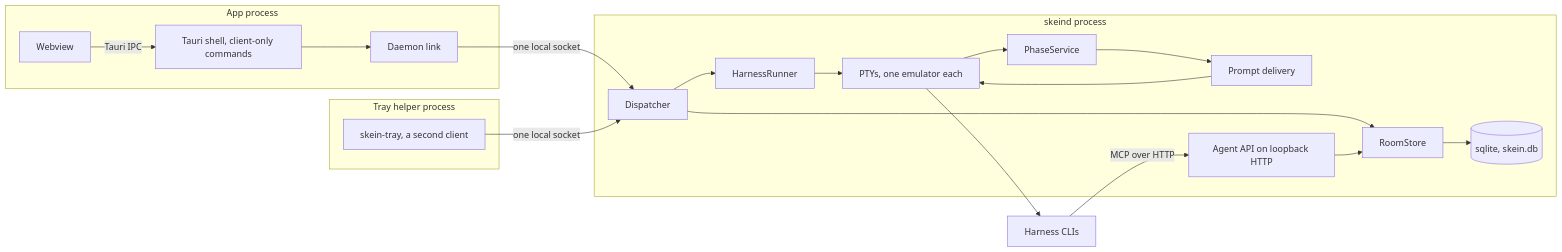
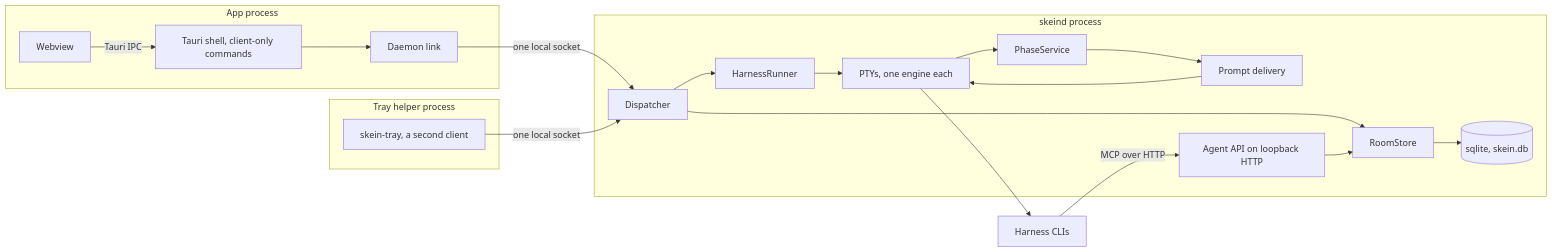
Before and after one commit to faddi/skein: the first of 4 diagrams in docs/skeind-p2b-design.md, drawn with Mermaid. The commit also changed other lines of this file and 2 other files, not shown here.

First line of the commit message:
docs(#584): design the daemon-owned terminal, one engine and redraw frames (#806)

````diff
--- a/docs/skeind-p2b-design.md
+++ b/docs/skeind-p2b-design.md
@@ -375,36 +355,36 @@
 ```mermaid
 flowchart LR
     subgraph A["App process"]
         WV["Webview"]
         SH["Tauri shell, client-only commands"]
         LK["Daemon link"]
     end
     subgraph A2["Tray helper process"]
         C2["skein-tray, a second client"]
     end
     subgraph S["skeind process"]
         DSP["Dispatcher"]
         RS["RoomStore"]
         HR["HarnessRunner"]
         PS["PhaseService"]
         PD["Prompt delivery"]
-        PT["PTYs, one emulator each"]
+        PT["PTYs, one engine each"]
         API["Agent API on loopback HTTP"]
         DB[("sqlite, skein.db")]
     end
     CLI["Harness CLIs"]
     WV -- "Tauri IPC" --> SH
     SH --> LK
     LK -- "one local socket" --> DSP
     C2 -- "one local socket" --> DSP
     DSP --> RS
     DSP --> HR
     RS --> DB
     HR --> PT
     PT --> CLI
     PT --> PS
     PS --> PD
     PD --> PT
     CLI -- "MCP over HTTP" --> API
     API --> RS
 ```
````
